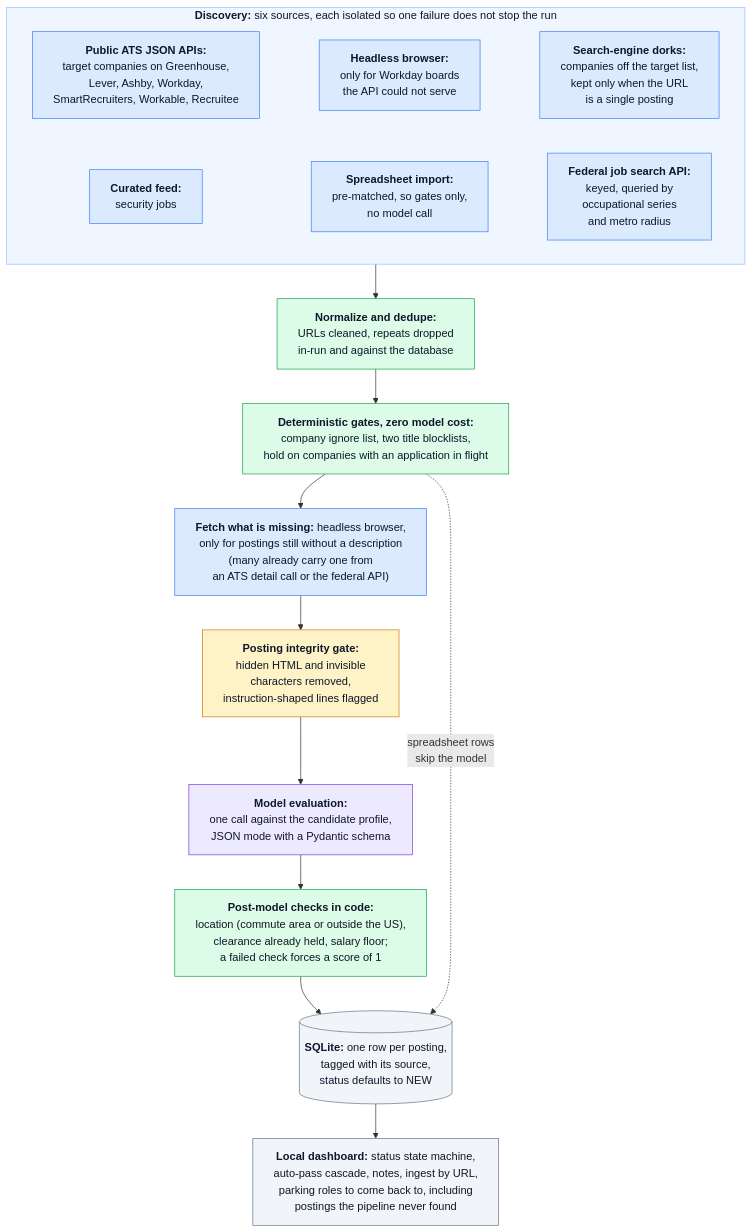
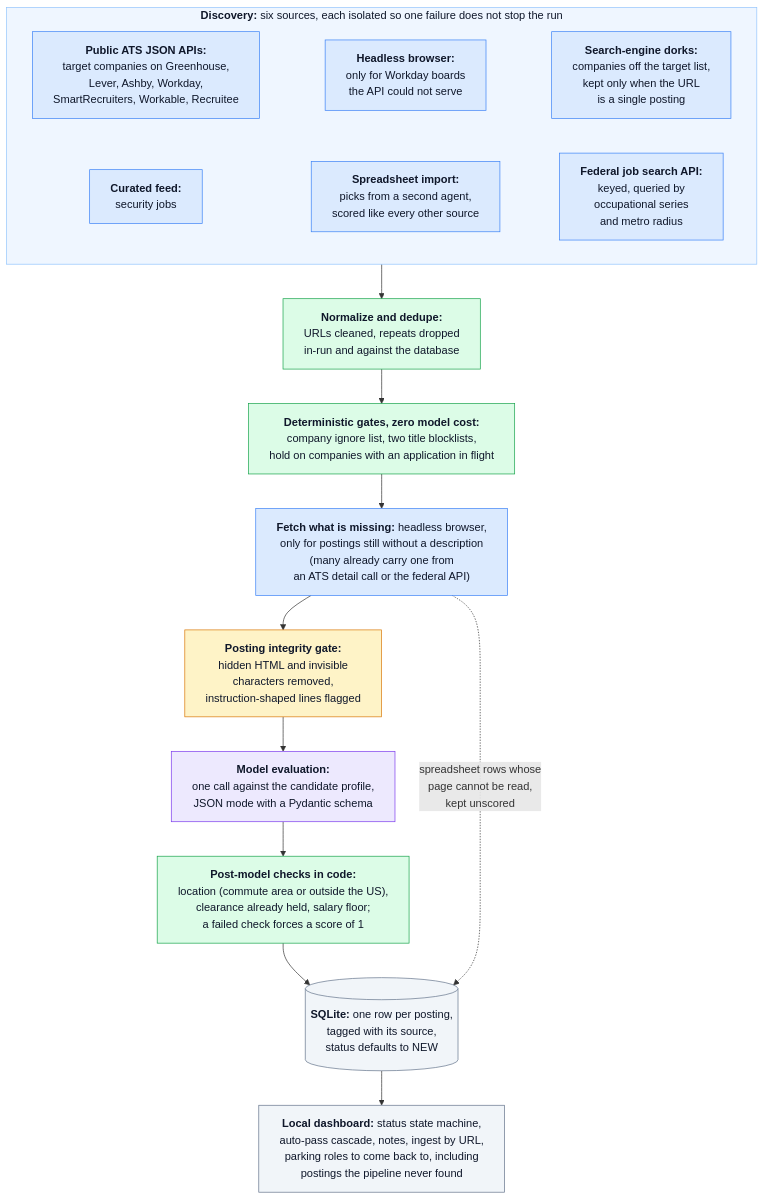
The diagram in README.md (nguyenaax/job-meets-resume), drawn with Mermaid before and after one commit. The commit also changed 1 other file, not shown here.

Commit message:
Score the spreadsheet import like every other source
The diagram's spreadsheet box and dashed edge now show the rows going
through the model, with only unreadable pages kept unscored. The Phase 0
paragraph explains the change and drops the retired status sync.

````diff
--- a/README.md
+++ b/README.md
@@ -19,69 +19,69 @@
 ```mermaid
 %%{init: {"flowchart": {"wrappingWidth": 340}}}%%
 flowchart TD
   subgraph DISCOVER["<b>Discovery:</b> six sources, each isolated so one failure does not stop the run"]
     S1["<b>Public ATS JSON APIs:</b>
 target companies on Greenhouse,
 Lever, Ashby, Workday,
 SmartRecruiters, Workable, Recruitee"]
     S2["<b>Headless browser:</b>
 only for Workday boards
 the API could not serve"]
     S3["<b>Search-engine dorks:</b>
 companies off the target list,
 kept only when the URL
 is a single posting"]
     S4["<b>Curated feed:</b>
 security jobs"]
     S6["<b>Spreadsheet import:</b>
-pre-matched, so gates only,
-no model call"]
+picks from a second agent,
+scored like every other source"]
     S7["<b>Federal job search API:</b>
 keyed, queried by
 occupational series
 and metro radius"]
     S1 ~~~ S2 ~~~ S3
     S4 ~~~ S6 ~~~ S7
   end
   DISCOVER --> N["<b>Normalize and dedupe:</b>
 URLs cleaned, repeats dropped
 in-run and against the database"]
   N --> G0["<b>Deterministic gates, zero model cost:</b>
 company ignore list, two title blocklists,
 hold on companies with an application in flight"]
   G0 --> F["<b>Fetch what is missing:</b> headless browser,
 only for postings still without a description
 (many already carry one from
 an ATS detail call or the federal API)"]
   F --> PG["<b>Posting integrity gate:</b>
 hidden HTML and invisible
 characters removed,
 instruction-shaped lines flagged"]
   PG --> LLM["<b>Model evaluation:</b>
 one call against the candidate profile,
 JSON mode with a Pydantic schema"]
   LLM --> POST["<b>Post-model checks in code:</b>
 location (commute area or outside the US),
 clearance already held, salary floor;
 a failed check forces a score of 1"]
   POST --> DB[("<b>SQLite:</b> one row per posting,
 tagged with its source,
 status defaults to NEW")]
-  G0 -. "spreadsheet rows<br>skip the model" .-> DB
+  F -. "spreadsheet rows whose<br>page cannot be read,<br>kept unscored" .-> DB
   DB --> UI["<b>Local dashboard:</b> status state machine,
 auto-pass cascade, notes, ingest by URL,
 parking roles to come back to, including
 postings the pipeline never found"]
 
   classDef io fill:#dbeafe,stroke:#3b82f6,color:#0f172a
   classDef det fill:#dcfce7,stroke:#16a34a,color:#0f172a
   classDef guard fill:#fef3c7,stroke:#d97706,color:#0f172a
   classDef model fill:#ede9fe,stroke:#7c3aed,color:#0f172a
   classDef store fill:#f1f5f9,stroke:#64748b,color:#0f172a
   class S1,S2,S3,S4,S6,S7,F io
   class N,G0,POST det
   class PG guard
   class LLM model
   class DB,UI store
   style DISCOVER fill:#eff6ff,stroke:#93c5fd,color:#0f172a
 ```
````
